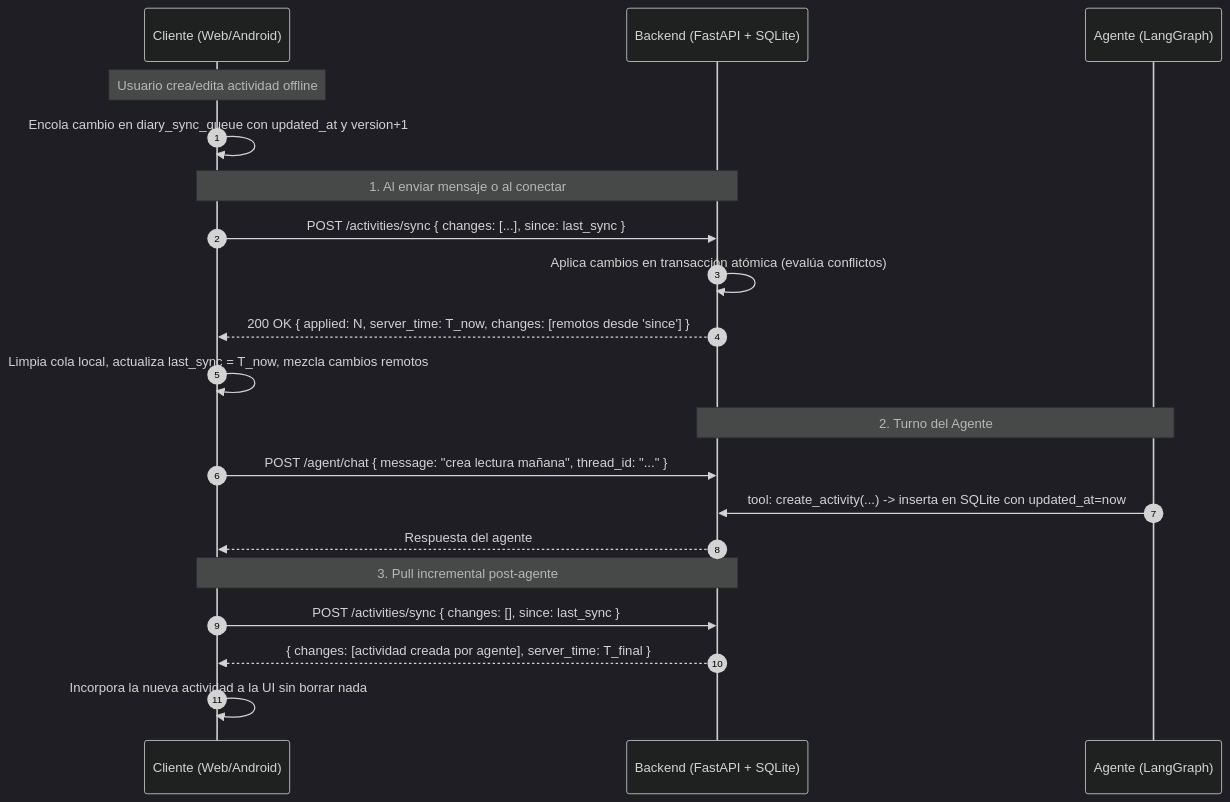
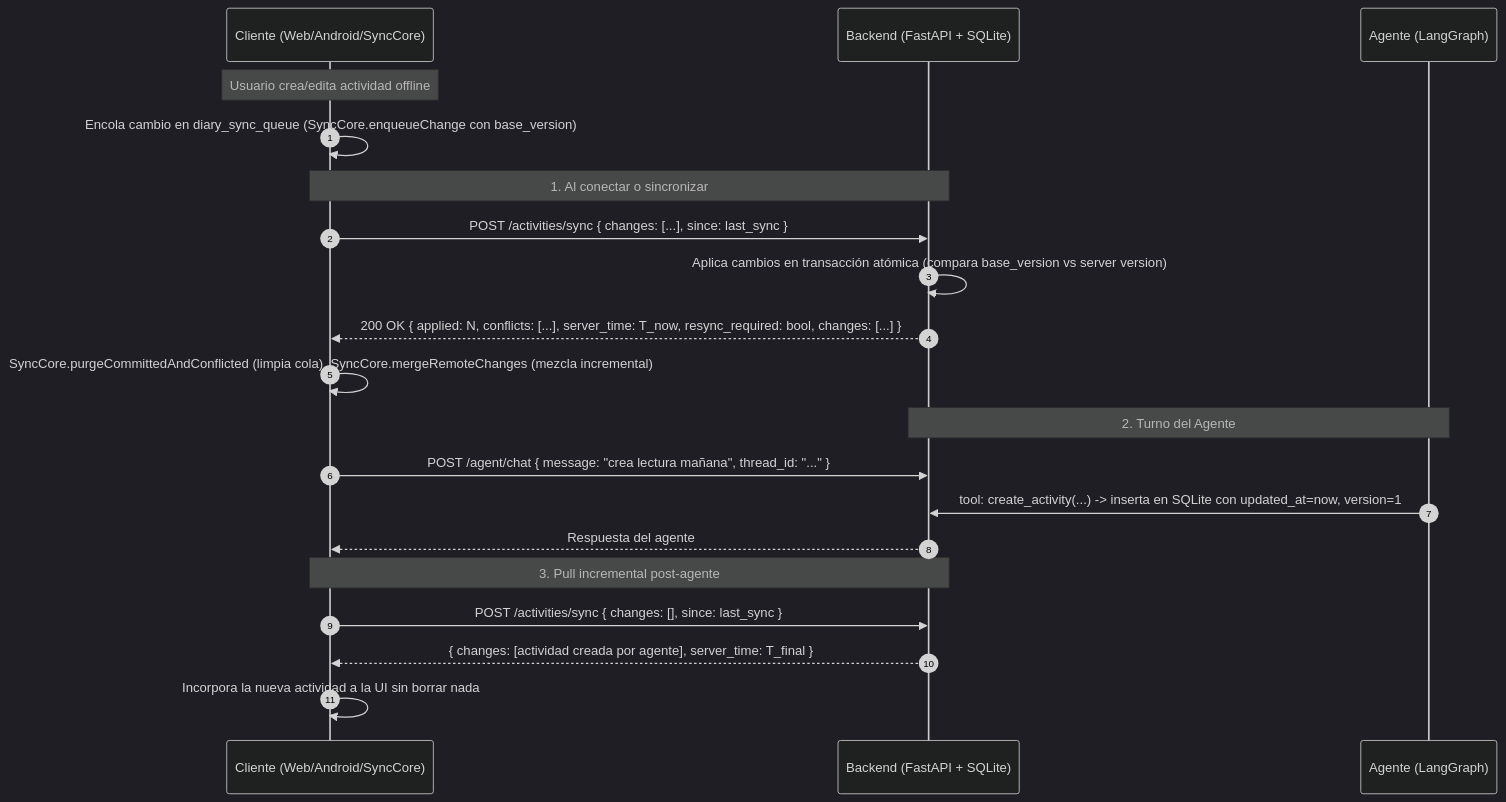
One commit to EderCabascango/Agenda-bot changed the diagram in docs/sync.md. Above: the diagram before and after it, drawn with Mermaid (dark theme). The commit also changed other lines of this file and 9 other files, not shown here.

Commit message:
fix(sync): harden server authority, tombstone filtering, backup rotation, and client sync core

````diff
--- a/docs/sync.md
+++ b/docs/sync.md
@@ -26,27 +26,27 @@
 ```mermaid
 sequenceDiagram
     autonumber
-    participant Cliente as Cliente (Web/Android)
+    participant Cliente as Cliente (Web/Android/SyncCore)
     participant Backend as Backend (FastAPI + SQLite)
     participant Agente as Agente (LangGraph)
 
     Note over Cliente: Usuario crea/edita actividad offline
-    Cliente->>Cliente: Encola cambio en diary_sync_queue con updated_at y version+1
+    Cliente->>Cliente: Encola cambio en diary_sync_queue (SyncCore.enqueueChange con base_version)
 
-    Note over Cliente,Backend: 1. Al enviar mensaje o al conectar
+    Note over Cliente,Backend: 1. Al conectar o sincronizar
     Cliente->>Backend: POST /activities/sync { changes: [...], since: last_sync }
-    Backend->>Backend: Aplica cambios en transacción atómica (evalúa conflictos)
-    Backend-->>Cliente: 200 OK { applied: N, server_time: T_now, changes: [remotos desde 'since'] }
+    Backend->>Backend: Aplica cambios en transacción atómica (compara base_version vs server version)
+    Backend-->>Cliente: 200 OK { applied: N, conflicts: [...], server_time: T_now, resync_required: bool, changes: [...] }
     
-    Cliente->>Cliente: Limpia cola local, actualiza last_sync = T_now, mezcla cambios remotos
+    Cliente->>Cliente: SyncCore.purgeCommittedAndConflicted (limpia cola), SyncCore.mergeRemoteChanges (mezcla incremental)
 
     Note over Backend,Agente: 2. Turno del Agente
     Cliente->>Backend: POST /agent/chat { message: "crea lectura mañana", thread_id: "..." }
-    Agente->>Backend: tool: create_activity(...) -> inserta en SQLite con updated_at=now
+    Agente->>Backend: tool: create_activity(...) -> inserta en SQLite con updated_at=now, version=1
     Backend-->>Cliente: Respuesta del agente
 
     Note over Cliente,Backend: 3. Pull incremental post-agente
     Cliente->>Backend: POST /activities/sync { changes: [], since: last_sync }
     Backend-->>Cliente: { changes: [actividad creada por agente], server_time: T_final }
     Cliente->>Cliente: Incorpora la nueva actividad a la UI sin borrar nada
 ```
````
